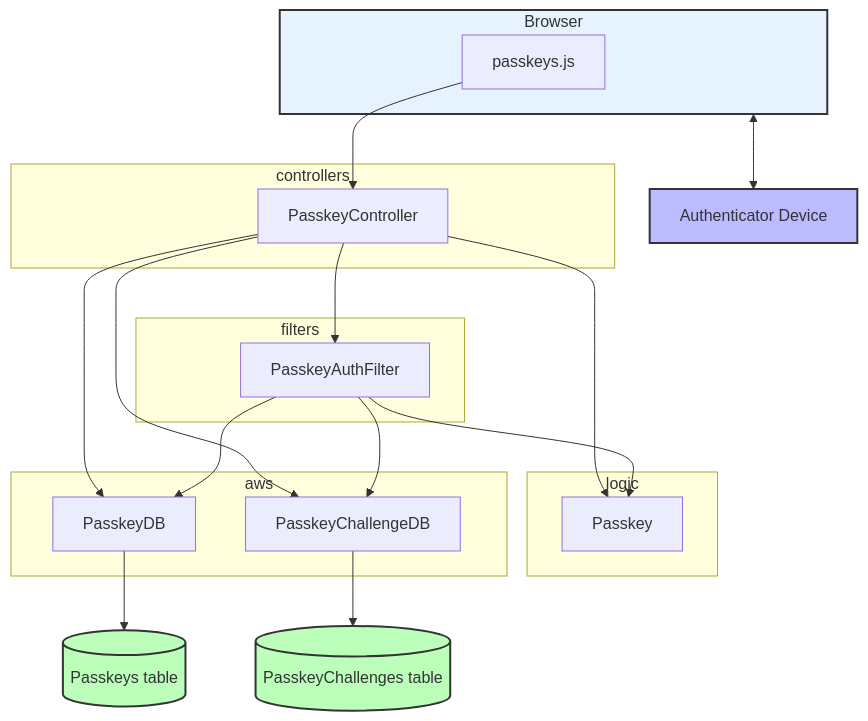
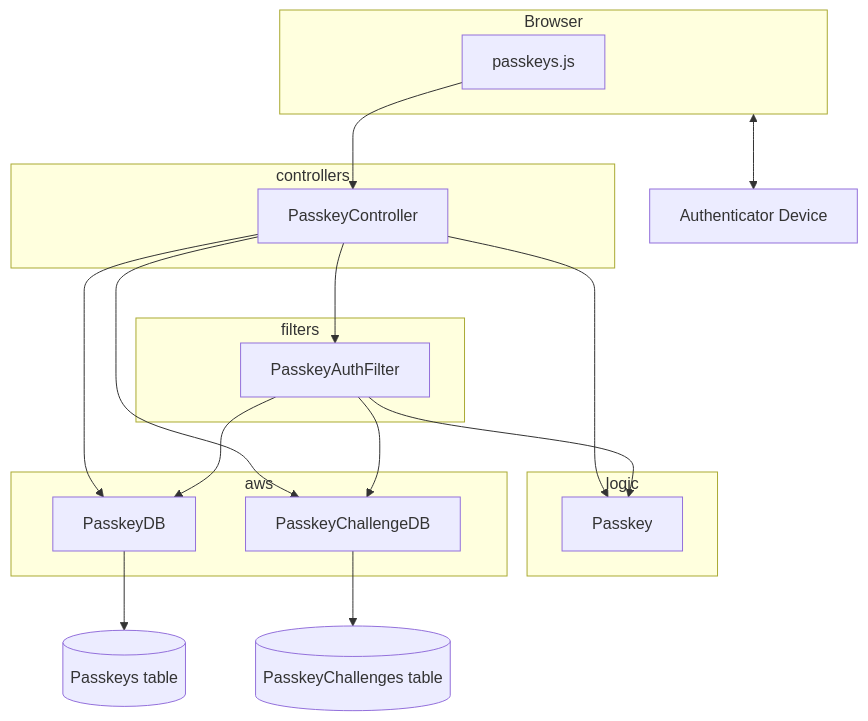
Before and after one commit to guardian/janus-app: the diagram in docs/PasskeysIntegration.md, drawn with Mermaid.

Commit message:
docs: Remove special styling of diagram components
So that it's under Github's control to work in light or dark modes.

````diff
--- a/docs/PasskeysIntegration.md
+++ b/docs/PasskeysIntegration.md
@@ -12,49 +12,44 @@
 ```mermaid
 graph TB
     %% External components
     subgraph Browser
         JS["passkeys.js"]
     end
     Authenticator["Authenticator Device"]
     DynamoPasskeys[(Passkeys table)]
     DynamoChallenges[(PasskeyChallenges table)]
     
     %% Main components
     subgraph controllers
         Controller["PasskeyController"]
     end
     
     subgraph filters
         Filter["PasskeyAuthFilter"]
     end
     
     subgraph logic
         Webauthn4J["Passkey"]
     end
     
     subgraph aws
         PDB["PasskeyDB"]
         PCDB["PasskeyChallengeDB"]
     end
     
     %% Relationships
     Browser <--> Authenticator
     JS --> Controller
 
     Controller --> Filter
     Controller --> Webauthn4J
     Controller --> PDB
     Controller --> PCDB
 
     Filter --> Webauthn4J
     Filter --> PDB
     Filter --> PCDB
 
     PDB --> DynamoPasskeys
     PCDB --> DynamoChallenges
-    
-    style Browser fill:#e6f3ff,stroke:#333,stroke-width:2px
-    style Authenticator fill:#bbf,stroke:#333,stroke-width:2px
-    style DynamoPasskeys fill:#bfb,stroke:#333,stroke-width:2px
-    style DynamoChallenges fill:#bfb,stroke:#333,stroke-width:2px
 ```
````
